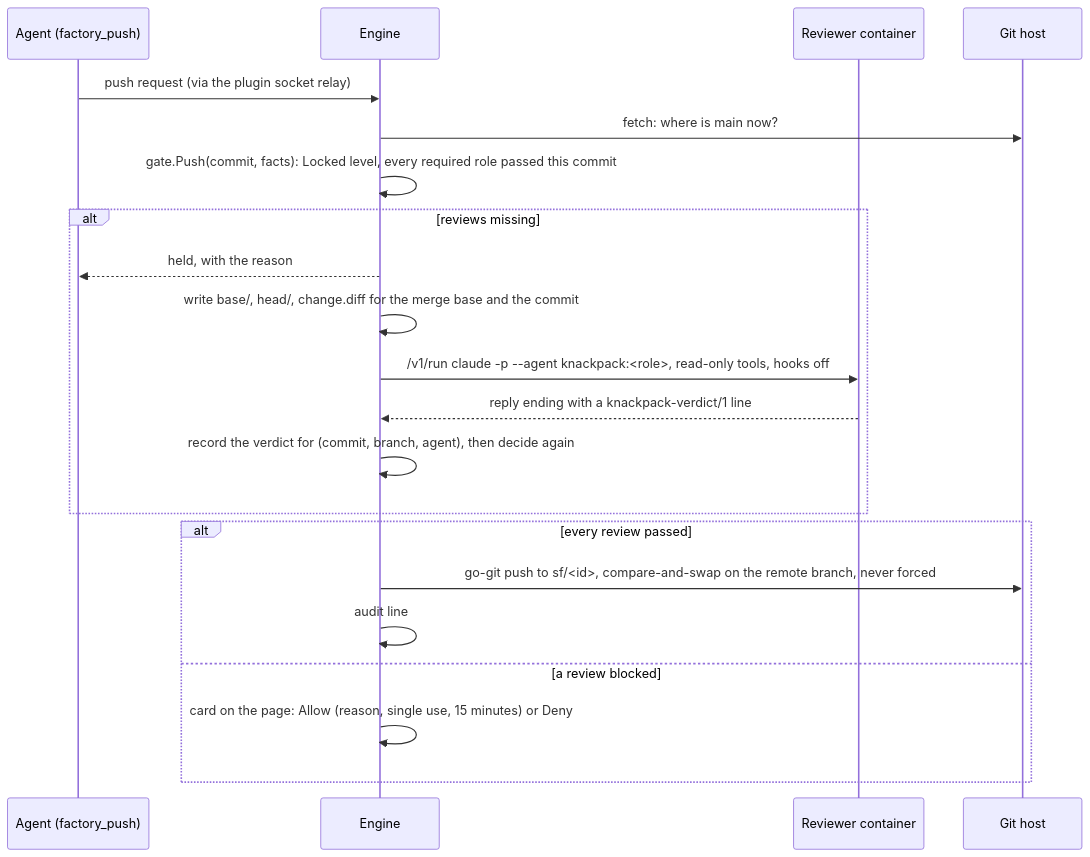
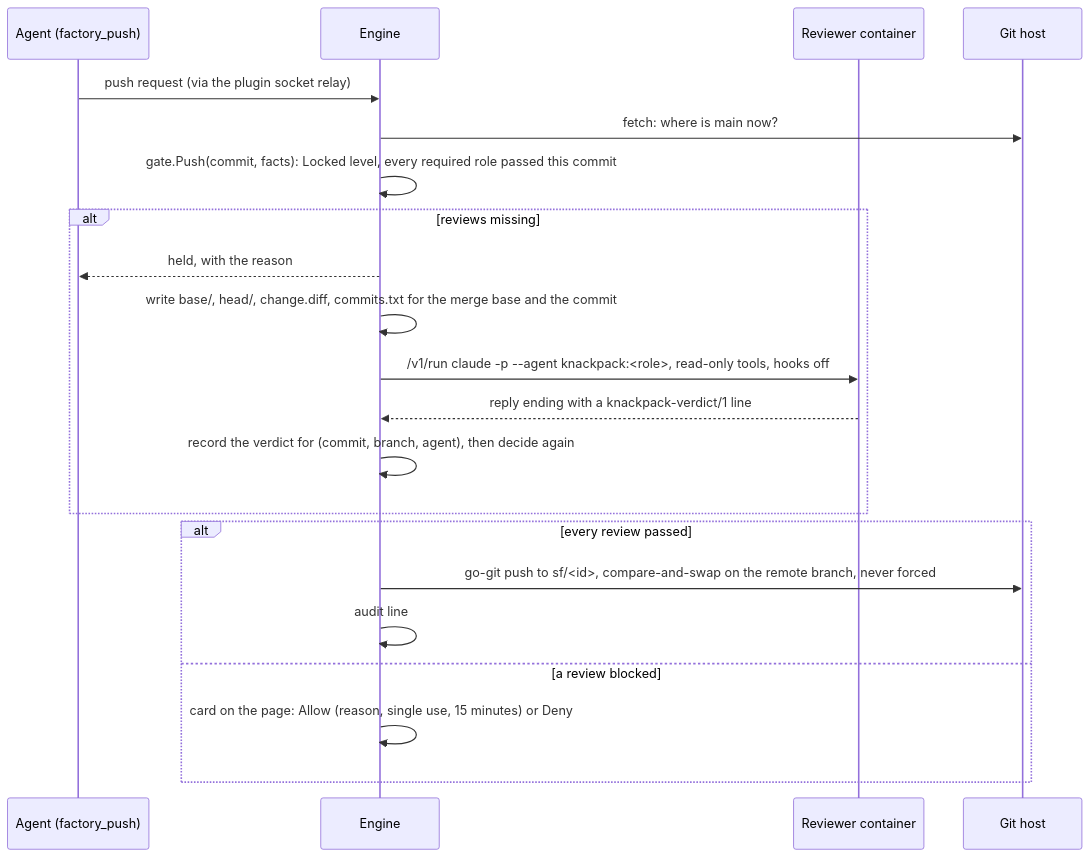
The second of 2 diagrams in ARCHITECTURE.md (bezmoradi/software-factory), drawn with Mermaid before and after one commit. The commit also changed other lines of this file and 70 other files, not shown here.

````diff
--- a/ARCHITECTURE.md
+++ b/ARCHITECTURE.md
@@ -163,23 +167,23 @@
 ```mermaid
 sequenceDiagram
   participant A as Agent (factory_push)
   participant E as Engine
   participant R as Reviewer container
   participant G as Git host
   A->>E: push request (via the plugin socket relay)
   E->>G: fetch: where is main now?
   E->>E: gate.Push(commit, facts): Locked level, every required role passed this commit
   alt reviews missing
     E-->>A: held, with the reason
-    E->>E: write base/, head/, change.diff for the merge base and the commit
+    E->>E: write base/, head/, change.diff, commits.txt for the merge base and the commit
     E->>R: /v1/run claude -p --agent knackpack:<role>, read-only tools, hooks off
     R-->>E: reply ending with a knackpack-verdict/1 line
     E->>E: record the verdict for (commit, branch, agent), then decide again
   end
   alt every review passed
     E->>G: go-git push to sf/<id>, compare-and-swap on the remote branch, never forced
     E->>E: audit line
   else a review blocked
     E->>E: card on the page: Allow (reason, single use, 15 minutes) or Deny
   end
 ```
````
